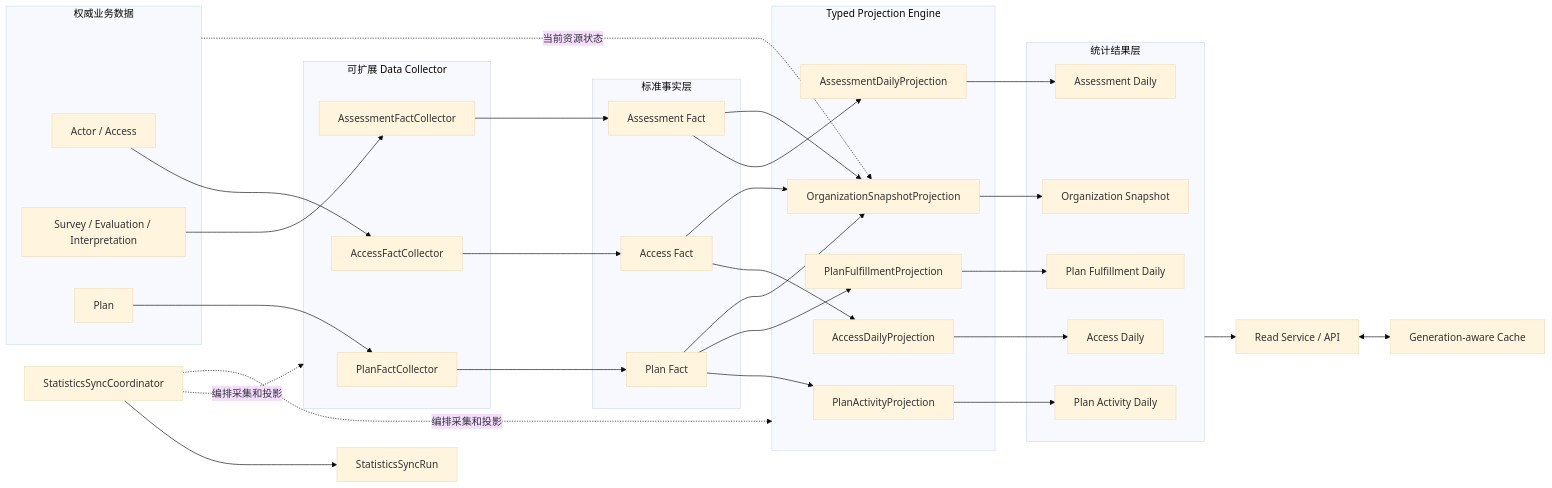
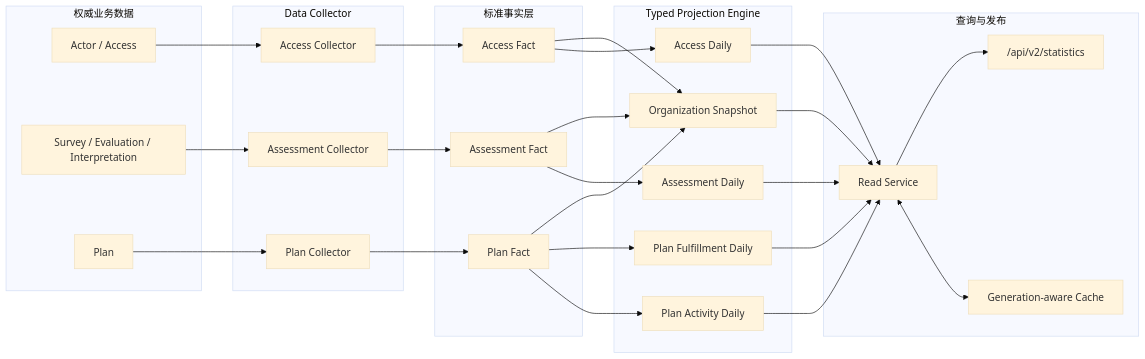
The diagram in docs/02-业务模块/70-statistics/80-重构目标架构与完成定义.md (FangcunMount/qs-server), drawn with Mermaid (base theme) before and after one commit. The commit also changed other lines of this file and 8 other files, not shown here.

````diff
--- a/docs/02-业务模块/70-statistics/80-重构目标架构与完成定义.md
+++ b/docs/02-业务模块/70-statistics/80-重构目标架构与完成定义.md
@@ -47,69 +37,52 @@
 ```mermaid
 flowchart LR
     subgraph B["权威业务数据"]
         A["Actor / Access"]
-        S["Survey / Evaluation / Interpretation"]
+        E["Survey / Evaluation / Interpretation"]
         P["Plan"]
     end
 
-    subgraph C["可扩展 Data Collector"]
-        AC["AccessFactCollector"]
-        EC["AssessmentFactCollector"]
-        PC["PlanFactCollector"]
+    subgraph C["Data Collector"]
+        AC["Access Collector"]
+        EC["Assessment Collector"]
+        PC["Plan Collector"]
     end
 
     subgraph F["标准事实层"]
         AF["Access Fact"]
         EF["Assessment Fact"]
         PF["Plan Fact"]
     end
 
-    subgraph E["Typed Projection Engine"]
-        AP["AccessDailyProjection"]
-        EP["AssessmentDailyProjection"]
-        PAP["PlanActivityProjection"]
-        PFP["PlanFulfillmentProjection"]
-        OSP["OrganizationSnapshotProjection"]
-    end
-
-    subgraph R["统计结果层"]
-        AD["Access Daily"]
-        ED["Assessment Daily"]
-        PAD["Plan Activity Daily"]
-        PFD["Plan Fulfillment Daily"]
+    subgraph PE["Typed Projection Engine"]
+        AP["Access Daily"]
+        EP["Assessment Daily"]
+        PA["Plan Activity Daily"]
+        PFU["Plan Fulfillment Daily"]
         OS["Organization Snapshot"]
     end
 
-    Q["Read Service / API"]
-    CA["Generation-aware Cache"]
-    SC["StatisticsSyncCoordinator"]
-    SR["StatisticsSyncRun"]
+    subgraph R["查询与发布"]
+        RS["Read Service"]
+        QC["Generation-aware Cache"]
+        API["/api/v2/statistics"]
+    end
 
-    A --> AC
-    S --> EC
-    P --> PC
-    AC --> AF
-    EC --> EF
-    PC --> PF
-
+    A --> AC --> AF
+    E --> EC --> EF
+    P --> PC --> PF
     AF --> AP
     EF --> EP
-    PF --> PAP
-    PF --> PFP
-    AF --> OSP
-    EF --> OSP
-    PF --> OSP
-    B -.->|当前资源状态| OSP
-
-    AP --> AD
-    EP --> ED
-    PAP --> PAD
-    PFP --> PFD
-    OSP --> OS
-
-    SC -.->|编排采集和投影| C
-    SC -.->|编排采集和投影| E
-    SC --> SR
-    R --> Q
-    Q <--> CA
+    PF --> PA
+    PF --> PFU
+    AF --> OS
+    EF --> OS
+    PF --> OS
+    AP --> RS
+    EP --> RS
+    PA --> RS
+    PFU --> RS
+    OS --> RS
+    RS <--> QC
+    RS --> API
 ```
````
